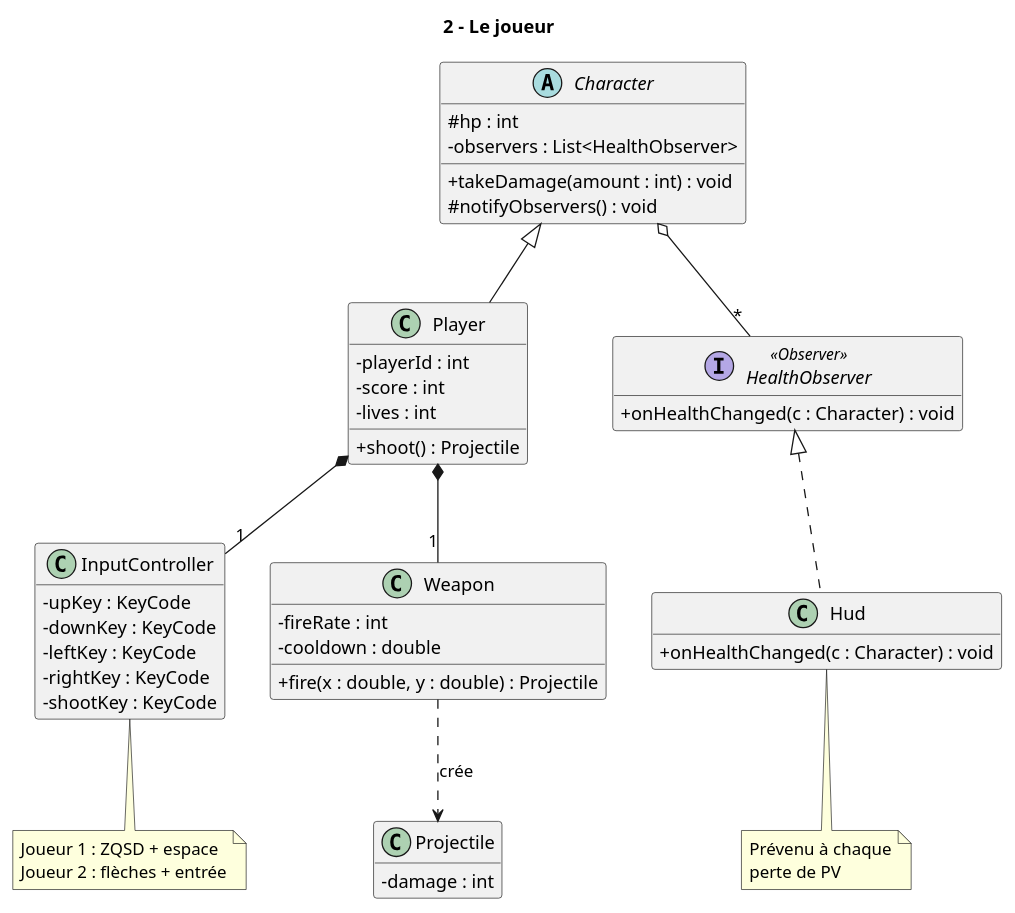
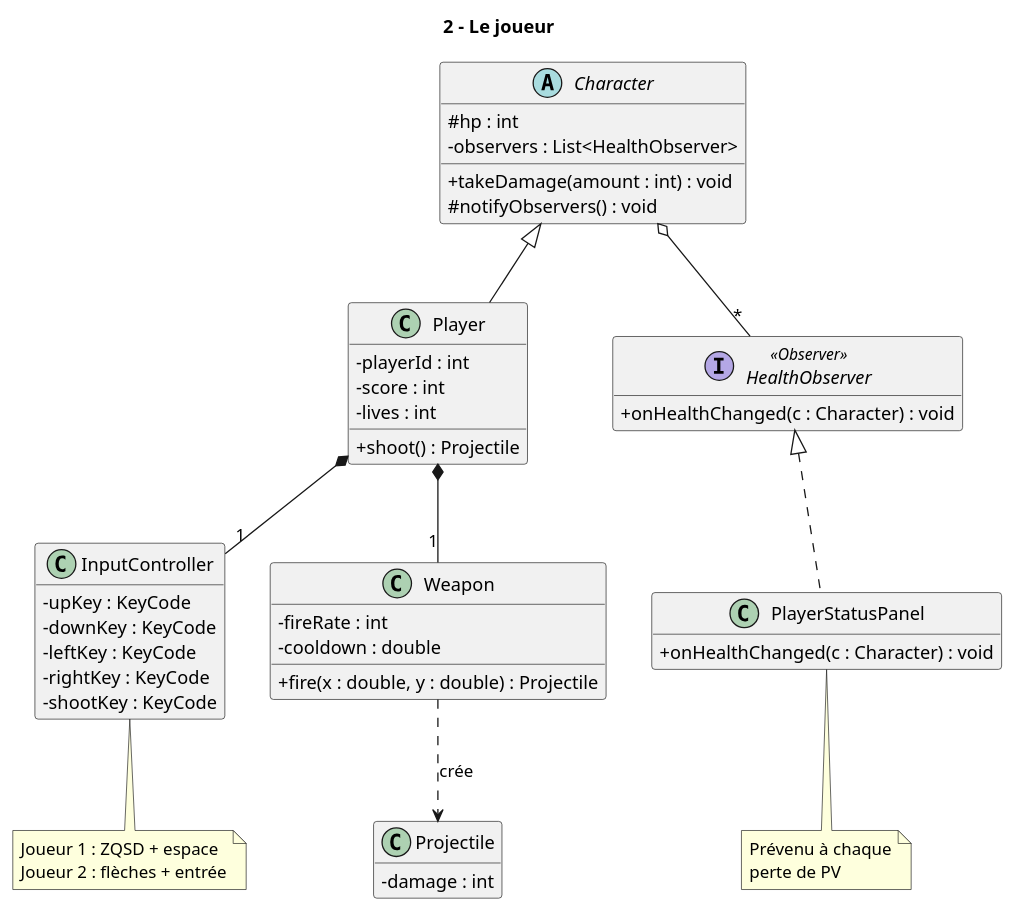
One commit to MeghCH/2d-Game-Natural-Fatal-IA changed the diagram in Docs/Diagrammes/2_joueur.puml. Above: the diagram before and after it, drawn with PlantUML. The commit also changed 11 other files, not shown here.

Commit message:
feat(player): add players, status panel and QWERTY support

```diff
--- a/Docs/Diagrammes/2_joueur.puml
+++ b/Docs/Diagrammes/2_joueur.puml
@@ -1,65 +1,65 @@
 @startuml 2_joueur
 title 2 - Le joueur
 
 skinparam classAttributeIconSize 0
 skinparam shadowing false
 hide empty members
 
 abstract class Character {
   # hp : int
   - observers : List<HealthObserver>
   + takeDamage(amount : int) : void
   # notifyObservers() : void
 }
 
 class Player {
   - playerId : int
   - score : int
   - lives : int
   + shoot() : Projectile
 }
 
 class InputController {
   - upKey : KeyCode
   - downKey : KeyCode
   - leftKey : KeyCode
   - rightKey : KeyCode
   - shootKey : KeyCode
 }
 
 class Weapon {
   - fireRate : int
   - cooldown : double
   + fire(x : double, y : double) : Projectile
 }
 
 class Projectile {
   - damage : int
 }
 
 interface HealthObserver <<Observer>> {
   + onHealthChanged(c : Character) : void
 }
 
-class Hud {
+class PlayerStatusPanel {
   + onHealthChanged(c : Character) : void
 }
 
 Character <|-- Player
 Player *-- "1" InputController
 Player *-- "1" Weapon
 Weapon ..> Projectile : crée
 Character o-- "*" HealthObserver
-HealthObserver <|.. Hud
+HealthObserver <|.. PlayerStatusPanel
 
 note bottom of InputController
   Joueur 1 : ZQSD + espace
   Joueur 2 : flèches + entrée
 end note
 
-note bottom of Hud
+note bottom of PlayerStatusPanel
   Prévenu à chaque
   perte de PV
 end note
 
 @enduml
```
